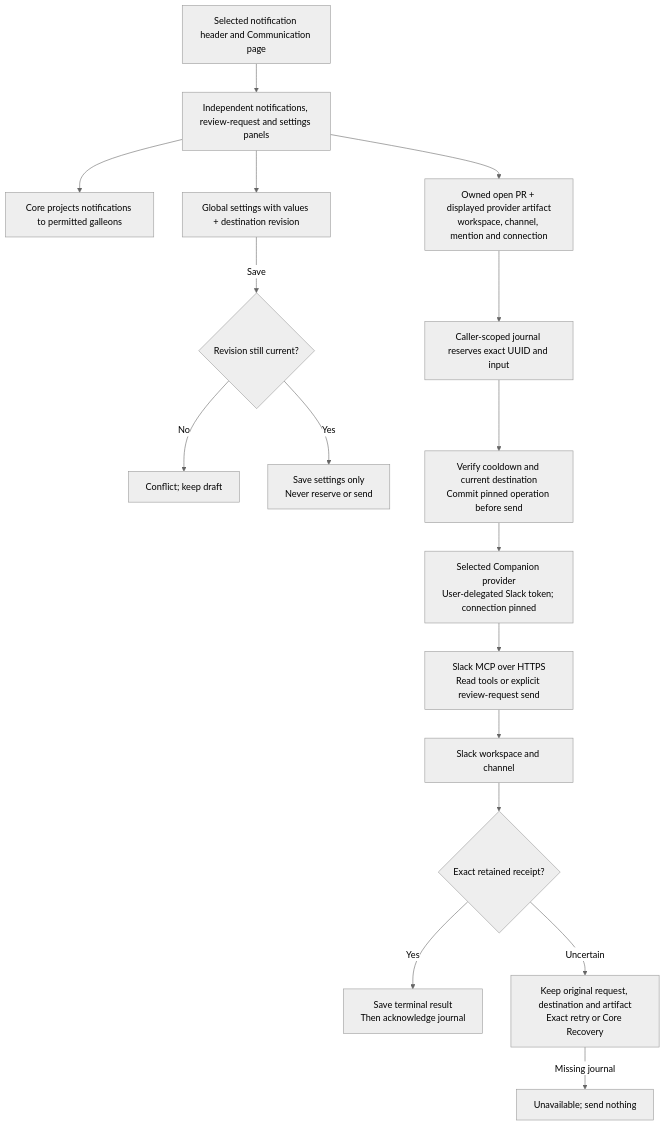
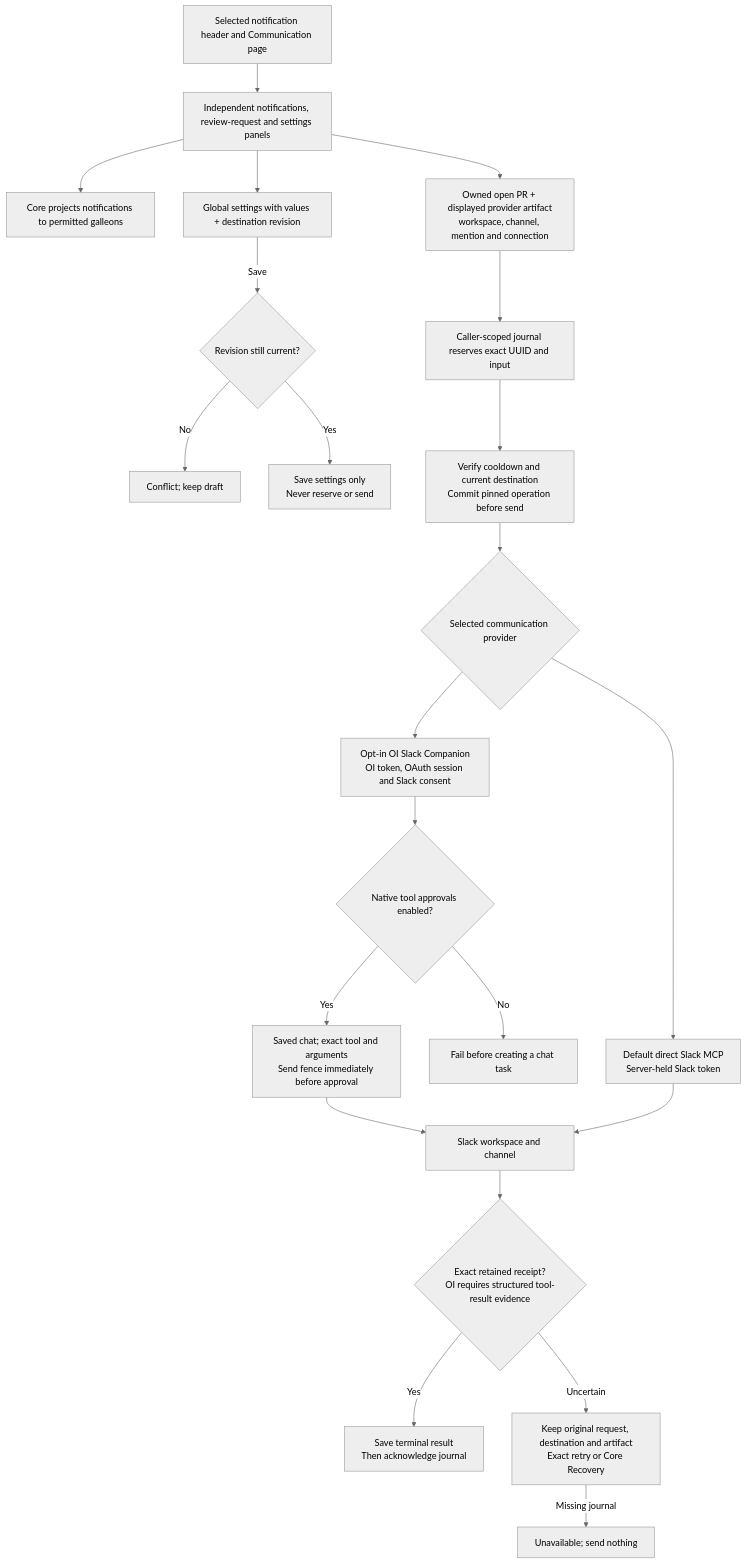
One commit to nloehlein-godaddy/helmsman changed the tenth of 26 diagrams in docs/helmsman-process.md. Above: the diagram before and after it, drawn with Mermaid (neutral theme). The commit also changed other lines of this file and 28 other files, not shown here.

Commit message:
Add guarded OI Slack Companion communication provider

````diff
--- a/docs/helmsman-process.md
+++ b/docs/helmsman-process.md
@@ -276,19 +276,24 @@
 ```mermaid
 flowchart TD
     Slots[Selected notification header and Communication page] --> Panels[Independent notifications, review-request and settings panels]
     Panels --> Read[Core projects notifications to permitted galleons]
     Panels --> Settings[Global settings with values + destination revision]
     Settings -->|Save| CAS{Revision still current?}
     CAS -->|No| Draft[Conflict; keep draft]
     CAS -->|Yes| Store[Save settings only<br/>Never reserve or send]
     Panels --> Target[Owned open PR + displayed provider artifact<br/>workspace, channel, mention and connection]
     Target --> Journal[Caller-scoped journal reserves exact UUID and input]
     Journal --> Durable[Verify cooldown and current destination<br/>Commit pinned operation before send]
-    Durable --> Provider[Selected Companion provider<br/>User-delegated Slack token; connection pinned]
-    Provider --> MCP[Slack MCP over HTTPS<br/>Read tools or explicit review-request send]
+    Durable --> Provider{Selected communication provider}
+    Provider --> MCP[Default direct Slack MCP<br/>Server-held Slack token]
+    Provider --> OI[Opt-in OI Slack Companion<br/>OI token, OAuth session and Slack consent]
+    OI --> Approval{Native tool approvals enabled?}
+    Approval -->|No| Blocked[Fail before creating a chat task]
+    Approval -->|Yes| Tool[Saved chat; exact tool and arguments<br/>Send fence immediately before approval]
+    Tool --> Slack
     MCP --> Slack[Slack workspace and channel]
-    Slack --> Receipt{Exact retained receipt?}
+    Slack --> Receipt{Exact retained receipt?<br/>OI requires structured tool-result evidence}
     Receipt -->|Yes| Save[Save terminal result<br/>Then acknowledge journal]
     Receipt -->|Uncertain| Recovery[Keep original request, destination and artifact<br/>Exact retry or Core Recovery]
     Recovery -->|Missing journal| NoSend[Unavailable; send nothing]
 ```
````
